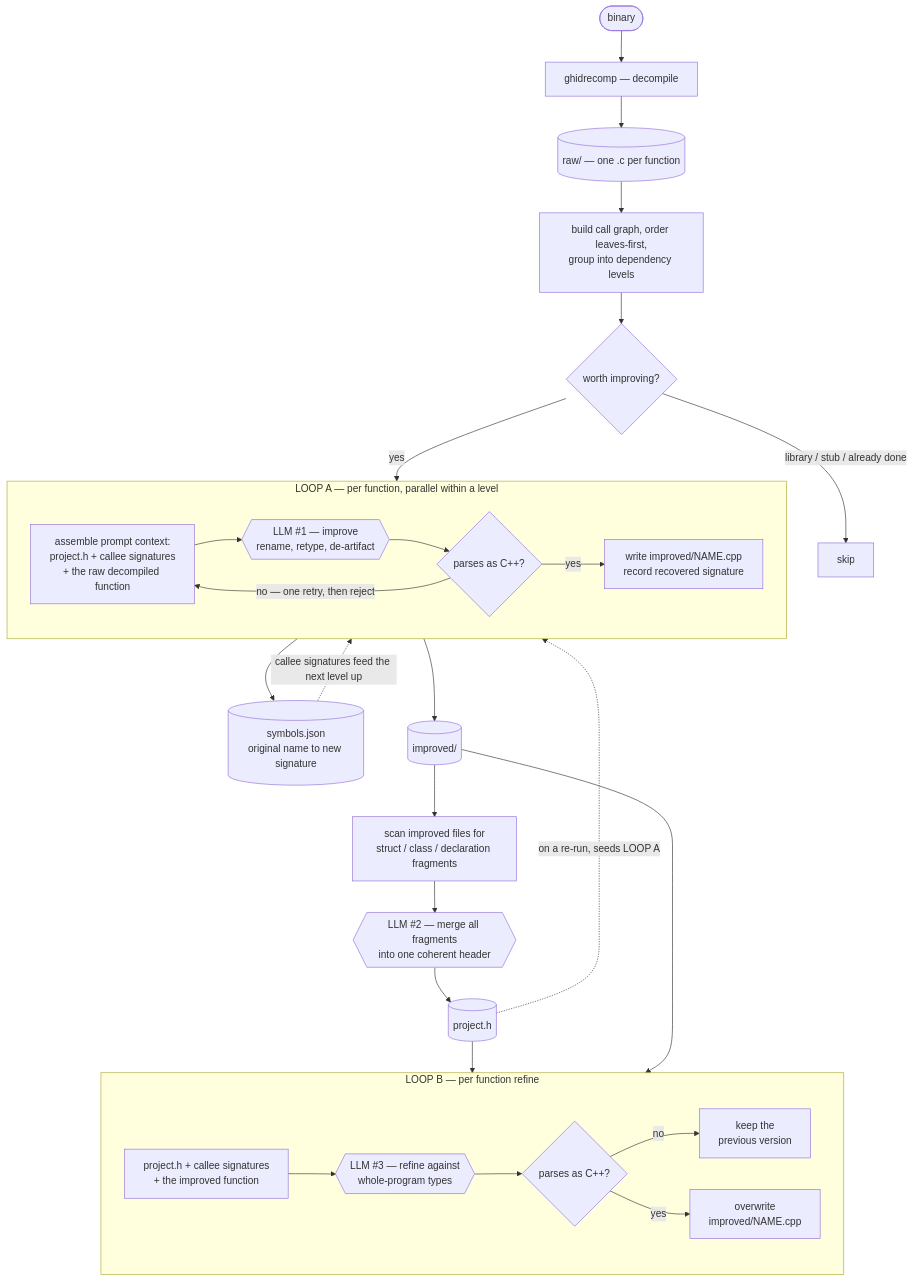
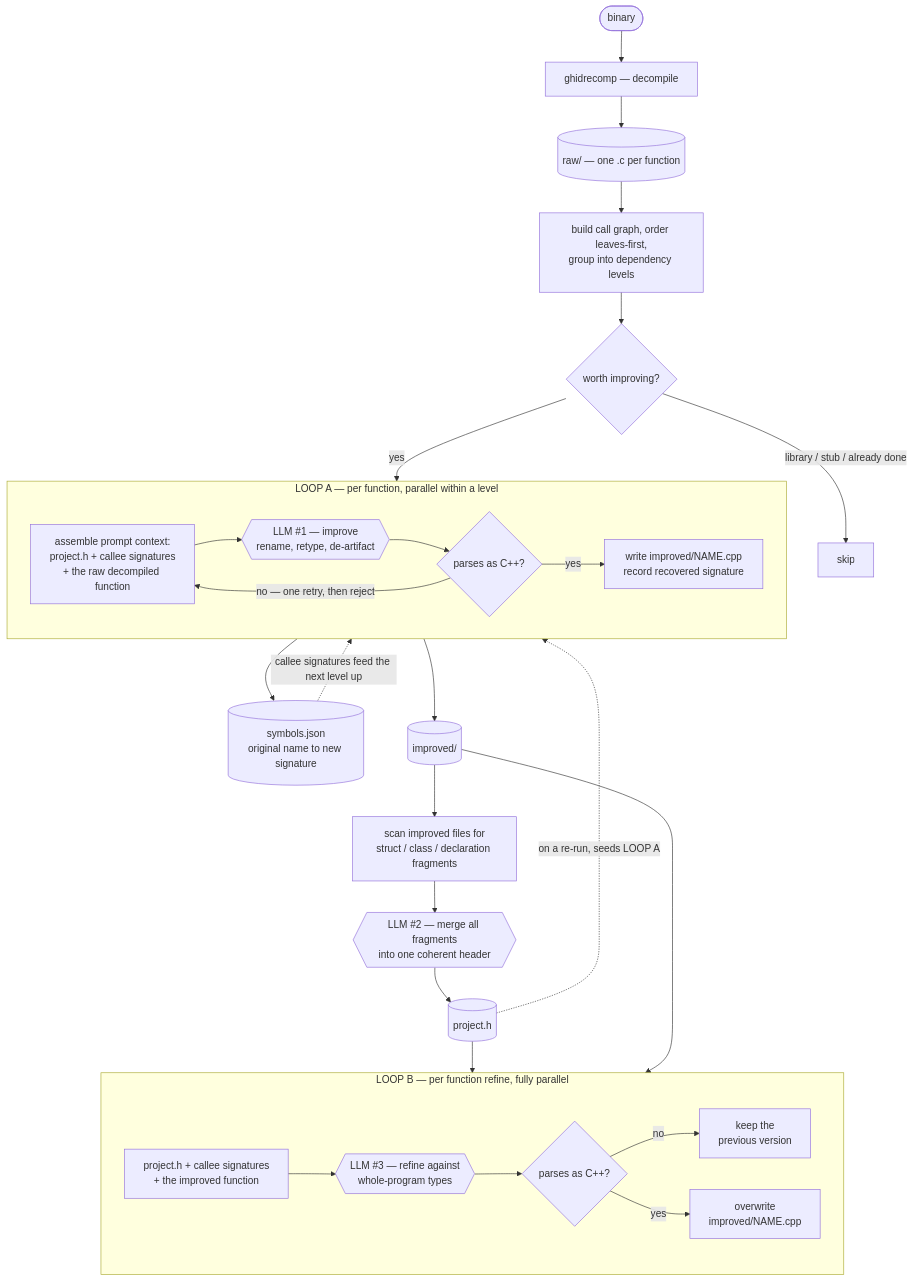
Before and after one commit to unimpossible/cpp_re_agent: the diagram in README.md, drawn with Mermaid. The commit also changed other lines of this file and 18 other files, not shown here.

````diff
--- a/README.md
+++ b/README.md
@@ -11,41 +11,41 @@
 ```mermaid
 flowchart TD
     BIN(["binary"]) --> GR["ghidrecomp — decompile"]
     GR --> RAW[("raw/ — one .c per function")]
 
     RAW --> CG["build call graph, order leaves-first,<br/>group into dependency levels"]
     CG --> GATE{"worth improving?"}
     GATE -->|"library / stub / already done"| SKIP["skip"]
     GATE -->|"yes"| CTX
 
     subgraph L1["LOOP A — per function, parallel within a level"]
         direction LR
         CTX["assemble prompt context:<br/>project.h + callee signatures<br/>+ the raw decompiled function"]
         CTX --> AI1{{"LLM #1 — improve<br/>rename, retype, de-artifact"}}
         AI1 --> V1{"parses as C++?"}
         V1 -->|"no — one retry, then reject"| CTX
         V1 -->|"yes"| W1["write improved/NAME.cpp<br/>record recovered signature"]
     end
 
     W1 --> SYM[("symbols.json<br/>original name to new signature")]
     SYM -.->|"callee signatures feed the next level up"| CTX
     W1 --> IMP[("improved/")]
 
     IMP --> COLL["scan improved files for<br/>struct / class / declaration fragments"]
     COLL --> AI2{{"LLM #2 — merge all fragments<br/>into one coherent header"}}
     AI2 --> PH[("project.h")]
 
     PH --> RCTX
     IMP --> RCTX
 
-    subgraph L2["LOOP B — per function refine"]
+    subgraph L2["LOOP B — per function refine, fully parallel"]
         direction LR
         RCTX["project.h + callee signatures<br/>+ the improved function"]
         RCTX --> AI3{{"LLM #3 — refine against<br/>whole-program types"}}
         AI3 --> V2{"parses as C++?"}
         V2 -->|"no"| KEEP["keep the<br/>previous version"]
         V2 -->|"yes"| W2["overwrite<br/>improved/NAME.cpp"]
     end
 
     PH -.->|"on a re-run, seeds LOOP A"| CTX
 ```
````
